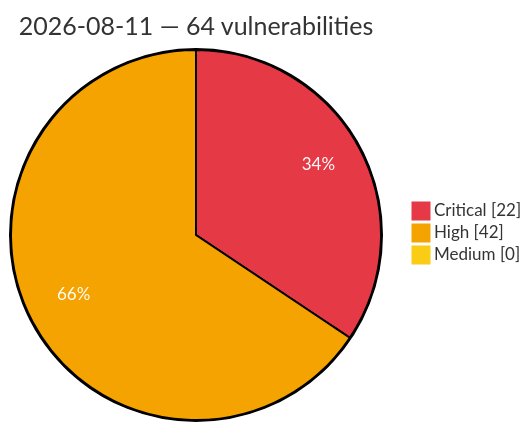
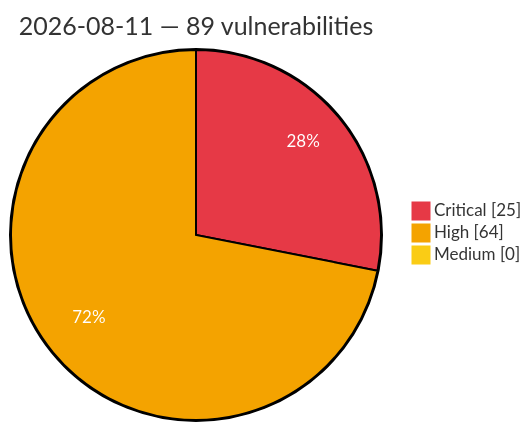
One commit to GhostX0X/vuln-tracker changed the diagram in vulnerabilities/2026/August/2026-08-11.md. Above: the diagram before and after it, drawn with Mermaid. The commit also changed other lines of this file and 5 other files, not shown here.

Commit message:
Auto update: critical/high vulns (2026-08-11 19:19 UTC)

````diff
--- a/vulnerabilities/2026/August/2026-08-11.md
+++ b/vulnerabilities/2026/August/2026-08-11.md
@@ -3,8 +3,8 @@
 ```mermaid
 %%{init: {'theme':'base', 'themeVariables': {'pie1':'#e63946', 'pie2':'#f4a300', 'pie3':'#facc15', 'pieOpacity':'1', 'pieOuterStrokeWidth':'2px', 'pieSectionTextColor':'#ffffff'}}}%%
 pie showData
-    title 2026-08-11 — 64 vulnerabilities
-    "Critical" : 22
-    "High" : 42
+    title 2026-08-11 — 89 vulnerabilities
+    "Critical" : 25
+    "High" : 64
     "Medium" : 0
 ```
````
